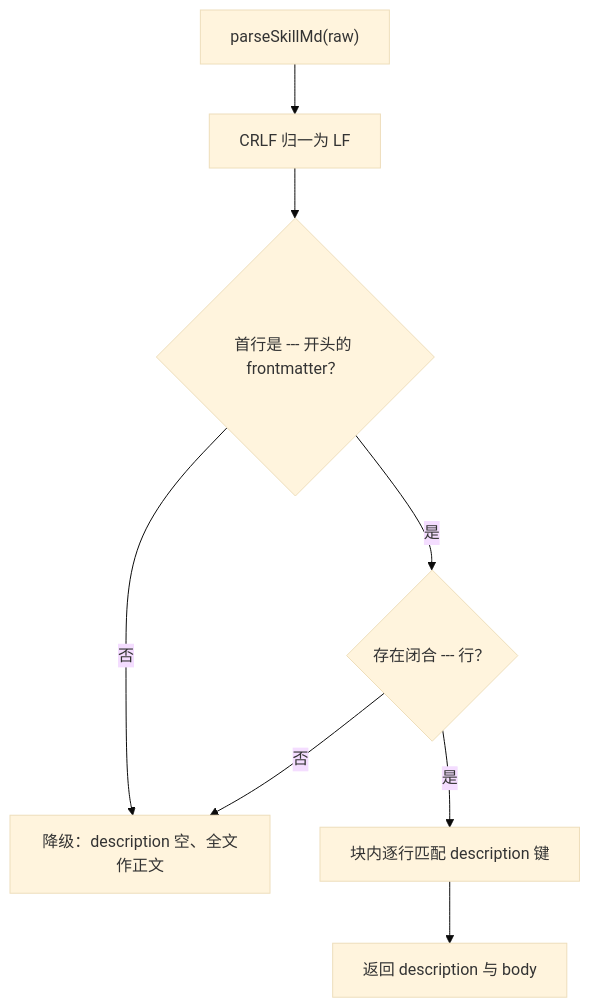
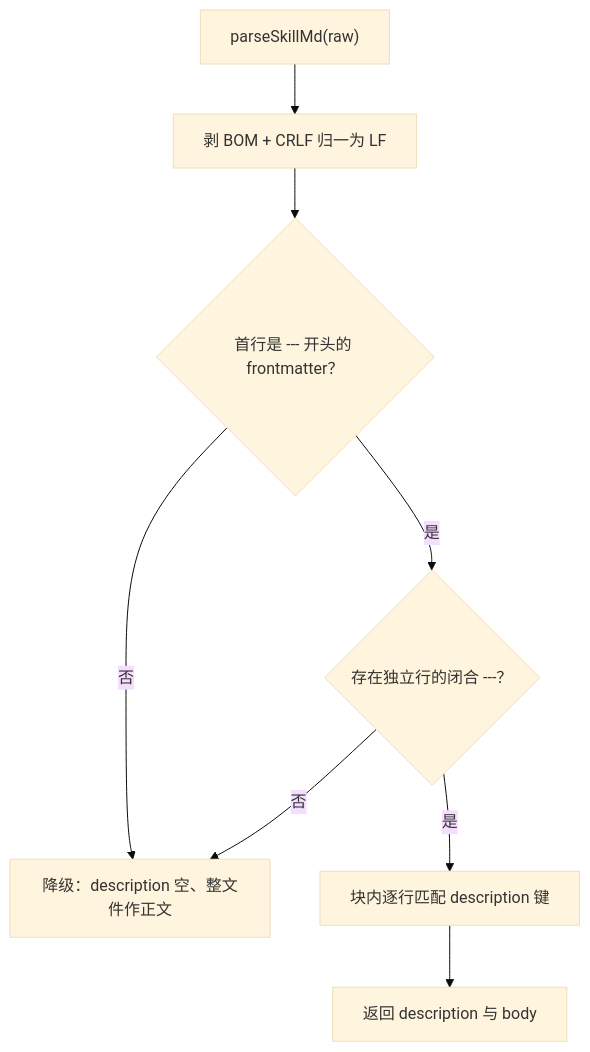
One commit to Doggez1G/DogEggAgent changed the third of 4 diagrams in docs/versions/0.2/02-设计实现/08-技能系统.md. Above: the diagram before and after it, drawn with Mermaid (base theme). The commit also changed other lines of this file and 39 other files, not shown here.

````diff
--- a/docs/versions/0.2/02-设计实现/08-技能系统.md
+++ b/docs/versions/0.2/02-设计实现/08-技能系统.md
@@ -250,10 +256,10 @@
 ```mermaid
 flowchart TD
-    A["parseSkillMd(raw)"] --> B["CRLF 归一为 LF"]
+    A["parseSkillMd(raw)"] --> B["剥 BOM + CRLF 归一为 LF"]
     B --> C{"首行是 --- 开头的 frontmatter？"}
-    C -- "否" --> D["降级：description 空、全文作正文"]
-    C -- "是" --> E{"存在闭合 --- 行？"}
+    C -- "否" --> D["降级：description 空、整文件作正文"]
+    C -- "是" --> E{"存在独立行的闭合 ---？"}
     E -- "否" --> D
     E -- "是" --> F["块内逐行匹配 description 键"]
     F --> G["返回 description 与 body"]
 ```
````
